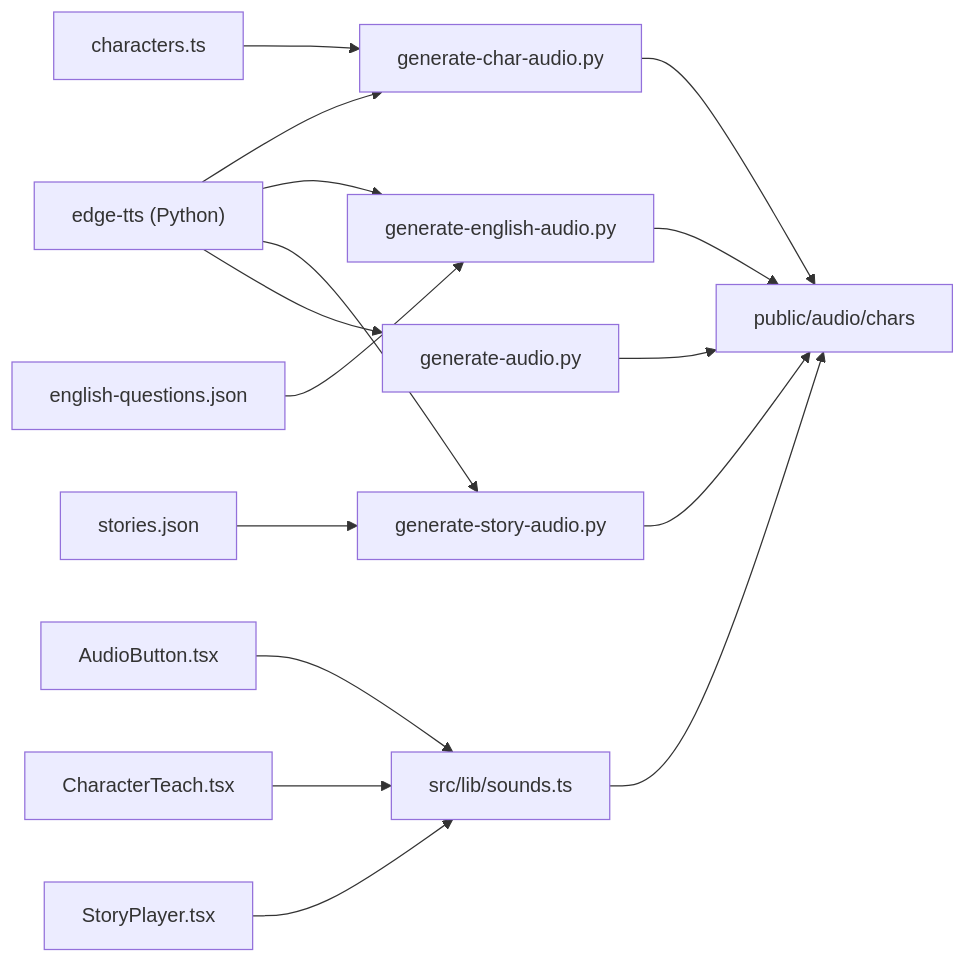
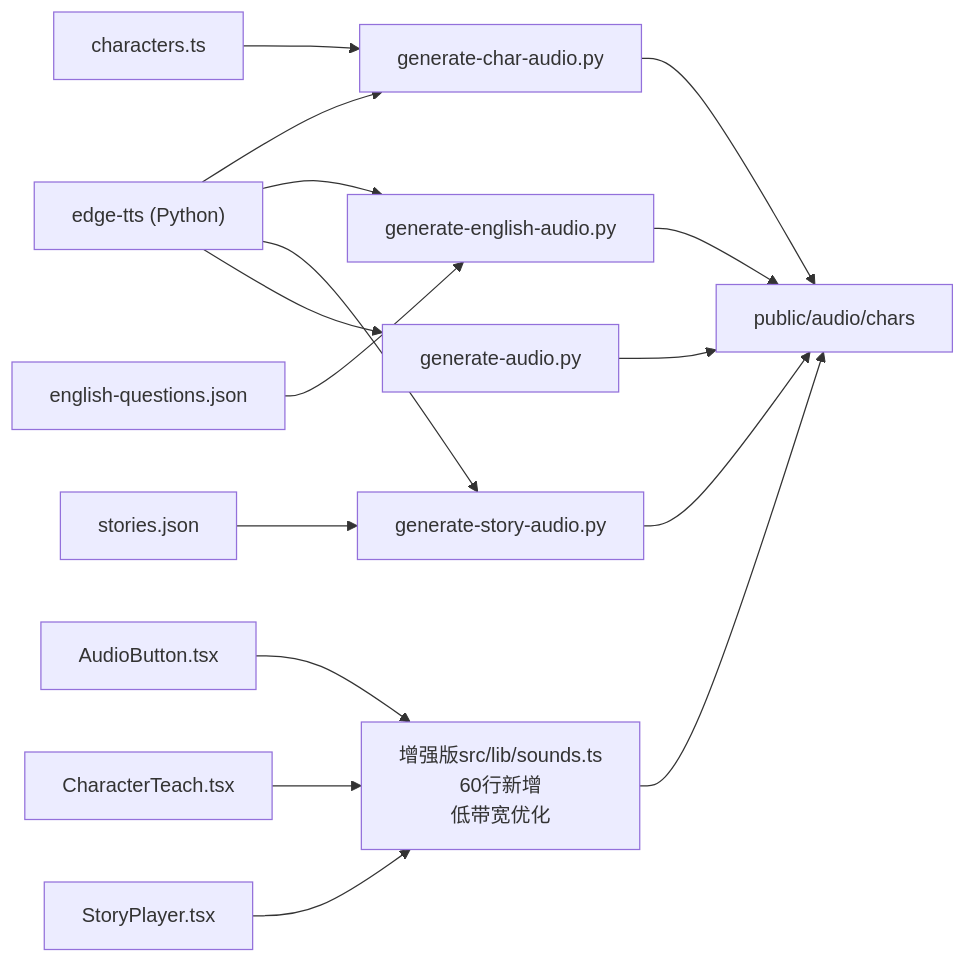
Before and after one commit to wudeng2005/rainbow-learning: the tenth of 10 diagrams in .qoder/repowiki/zh/content/构建与部署/音频生成指南.md, drawn with Mermaid. The commit also changed other lines of this file and 157 other files, not shown here.

````diff
--- a/.qoder/repowiki/zh/content/构建与部署/音频生成指南.md
+++ b/.qoder/repowiki/zh/content/构建与部署/音频生成指南.md
@@ -466,18 +504,18 @@
 ```mermaid
 graph LR
 edge_tts["edge-tts (Python)"] --> GenChar["generate-char-audio.py"]
 edge_tts --> GenEn["generate-english-audio.py"]
 edge_tts --> GenStory["generate-story-audio.py"]
 edge_tts --> GenEnc["generate-audio.py"]
 characters_ts["characters.ts"] --> GenChar
 english_json["english-questions.json"] --> GenEn
 stories_json["stories.json"] --> GenStory
 GenChar --> PublicAudio["public/audio/chars"]
 GenEn --> PublicAudio
 GenStory --> PublicAudio
 GenEnc --> PublicAudio
-sounds_ts["src/lib/sounds.ts"] --> PublicAudio
-AudioButton["AudioButton.tsx"] --> sounds_ts
-CharacterTeach["CharacterTeach.tsx"] --> sounds_ts
-StoryPlayer["StoryPlayer.tsx"] --> sounds_ts
+enhanced_sounds["增强版src/lib/sounds.ts<br/>60行新增<br/>低带宽优化"] --> PublicAudio
+AudioButton["AudioButton.tsx"] --> enhanced_sounds
+CharacterTeach["CharacterTeach.tsx"] --> enhanced_sounds
+StoryPlayer["StoryPlayer.tsx"] --> enhanced_sounds
 ```
````
